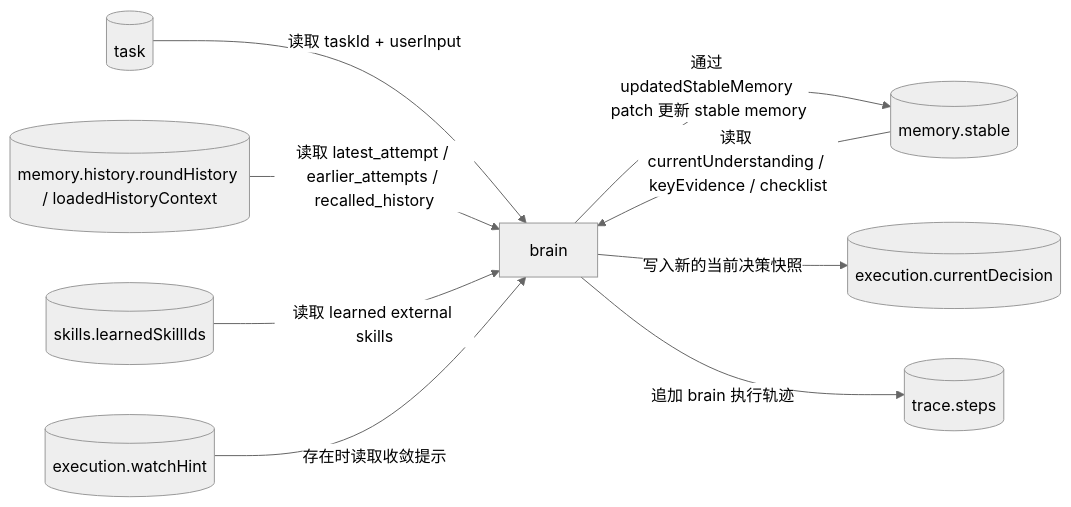
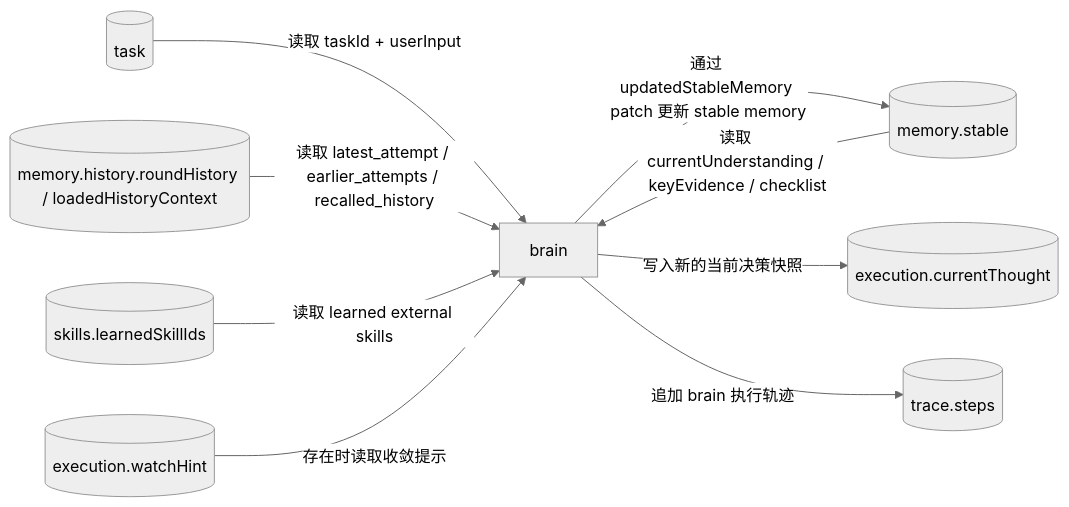
Before and after one commit to Yoan98/Ncurator: the second of 5 diagrams in doc/ai-design/data-definition-and-flow.md, drawn with Mermaid (neutral theme). The commit also changed other lines of this file and 45 other files, not shown here.

First line of the commit message:
refactor: rename HumanDecision to HumanThoughtDecision and update related logic

````diff
--- a/doc/ai-design/data-definition-and-flow.md
+++ b/doc/ai-design/data-definition-and-flow.md
@@ -1062,20 +1063,20 @@
 ```mermaid
 flowchart LR
     T[("task")]
     SM[("memory.stable")]
     HM[("memory.history.roundHistory / loadedHistoryContext")]
     SK[("skills.learnedSkillIds")]
     WH[("execution.watchHint")]
     B["brain"]
-    CD[("execution.currentDecision")]
+    CD[("execution.currentThought")]
     TR[("trace.steps")]
 
     T -->|读取 taskId + userInput| B
     SM -->|读取 currentUnderstanding / keyEvidence / checklist| B
     HM -->|读取 latest_attempt / earlier_attempts / recalled_history| B
     SK -->|读取 learned external skills| B
     WH -->|存在时读取收敛提示| B
     B -->|通过 updatedStableMemory patch 更新 stable memory| SM
     B -->|写入新的当前决策快照| CD
     B -->|追加 brain 执行轨迹| TR
 ```
````
